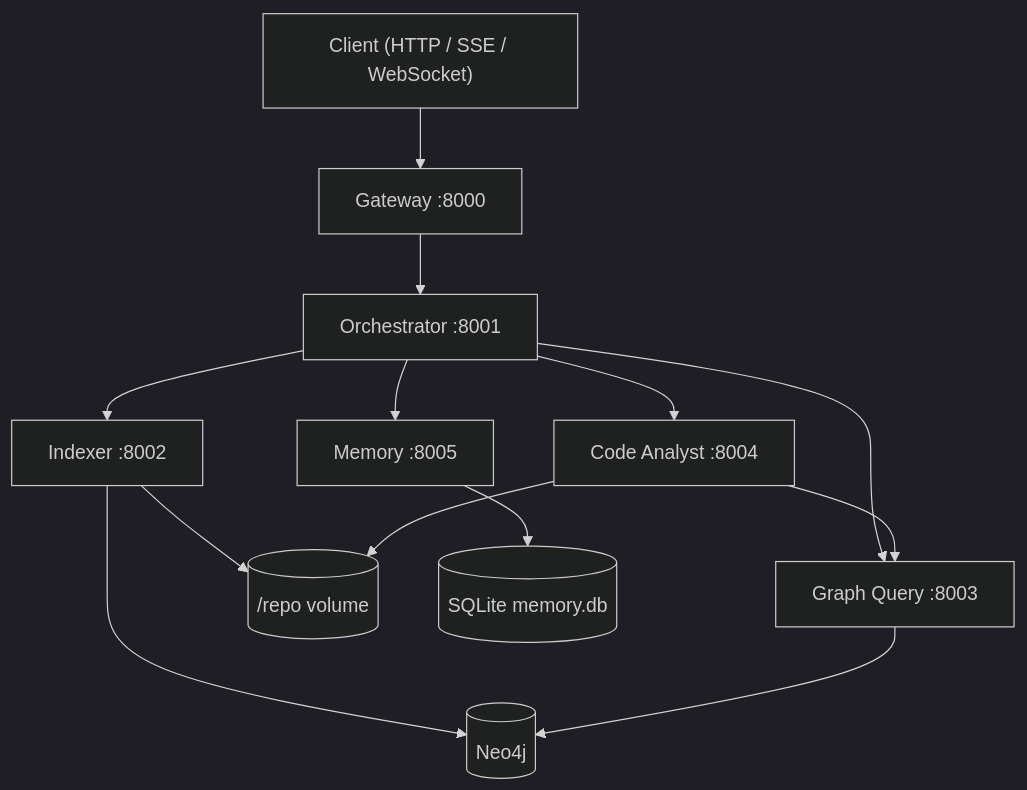
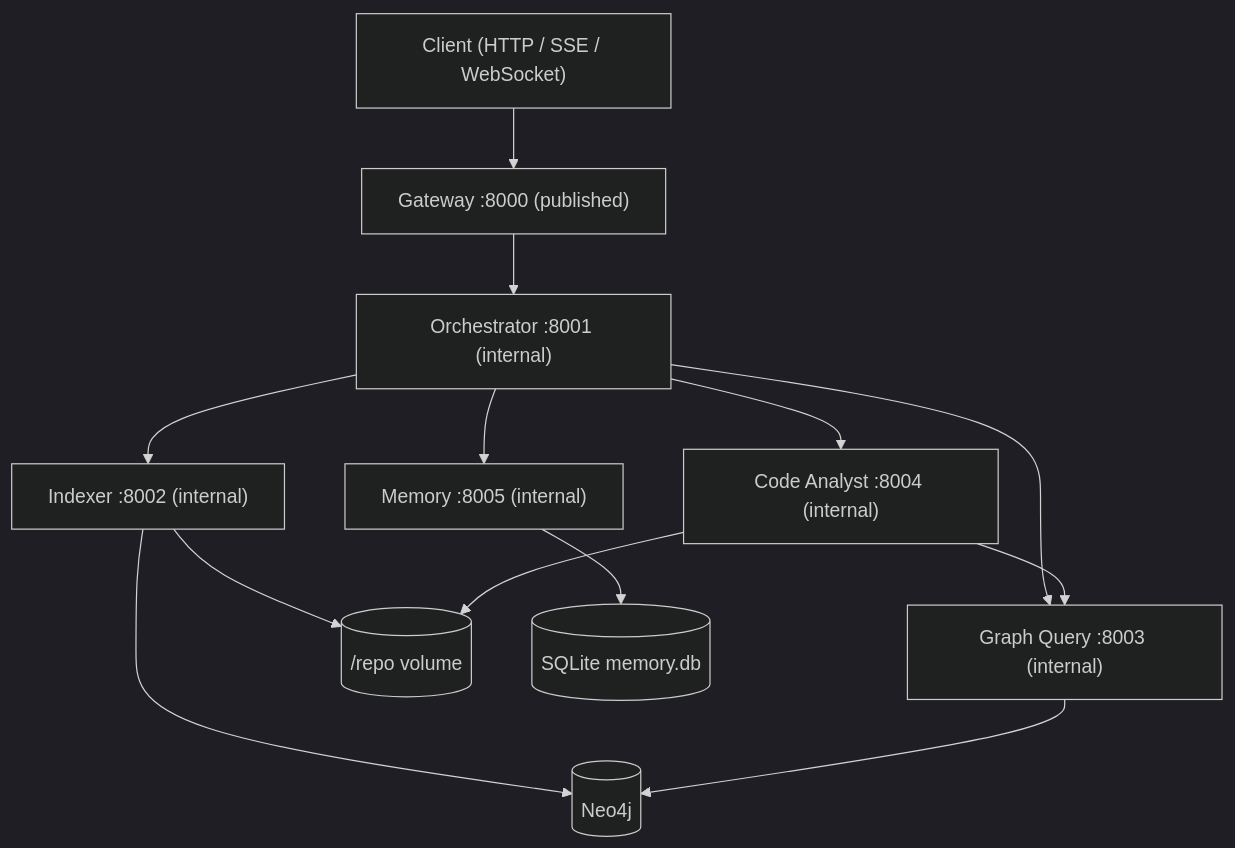
The first of 2 diagrams in README.md (anirudh-mandahr/Repo-Agent), drawn with Mermaid (dark theme) before and after one commit. The commit also changed other lines of this file and 139 other files, not shown here.

````diff
--- a/README.md
+++ b/README.md
@@ -11,26 +11,26 @@
 ```mermaid
 flowchart TB
     Client["Client (HTTP / SSE / WebSocket)"]
-    GW["Gateway :8000"]
-    ORCH["Orchestrator :8001"]
-    IDX["Indexer :8002"]
-    GQ["Graph Query :8003"]
-    CA["Code Analyst :8004"]
-    MEM["Memory :8005"]
+    GW["Gateway :8000 (published)"]
+    ORCH["Orchestrator :8001 (internal)"]
+    IDX["Indexer :8002 (internal)"]
+    GQ["Graph Query :8003 (internal)"]
+    CA["Code Analyst :8004 (internal)"]
+    MEM["Memory :8005 (internal)"]
     N4J[("Neo4j")]
     REPO[("/repo volume")]
     SQLITE[("SQLite memory.db")]
 
     Client --> GW
     GW --> ORCH
     ORCH --> IDX
     ORCH --> GQ
     ORCH --> CA
     ORCH --> MEM
     IDX --> N4J
     IDX --> REPO
     GQ --> N4J
     CA --> GQ
     CA --> REPO
     MEM --> SQLITE
 ```
````
